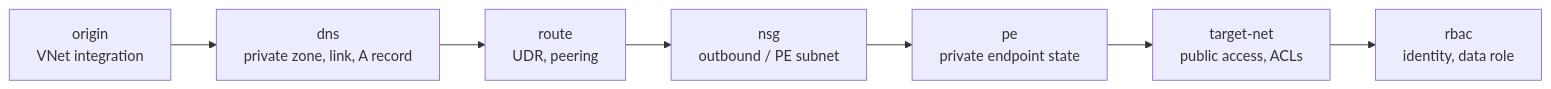
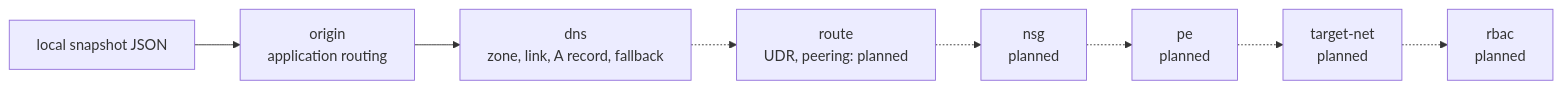
The diagram in README.md (p3rformative/reachwhy), drawn with Mermaid before and after one commit. The commit also changed other lines of this file and 2 other files, not shown here.

First line of the commit message:
docs: README más claro (en/es) y ROADMAP con la fase 1 ya en main

````diff
--- a/README.md
+++ b/README.md
@@ -58,9 +211,10 @@
 ```mermaid
 flowchart LR
-    O["origin<br/>VNet integration"] --> D["dns<br/>private zone, link, A record"]
-    D --> R["route<br/>UDR, peering"]
-    R --> N["nsg<br/>outbound / PE subnet"]
-    N --> P["pe<br/>private endpoint state"]
-    P --> T["target-net<br/>public access, ACLs"]
-    T --> B["rbac<br/>identity, data role"]
+    S["local snapshot JSON"] --> O["origin<br/>application routing"]
+    O --> D["dns<br/>zone, link, A record, fallback"]
+    D -.-> R["route<br/>UDR, peering: planned"]
+    R -.-> N["nsg<br/>planned"]
+    N -.-> P["pe<br/>planned"]
+    P -.-> T["target-net<br/>planned"]
+    T -.-> B["rbac<br/>planned"]
 ```
````
